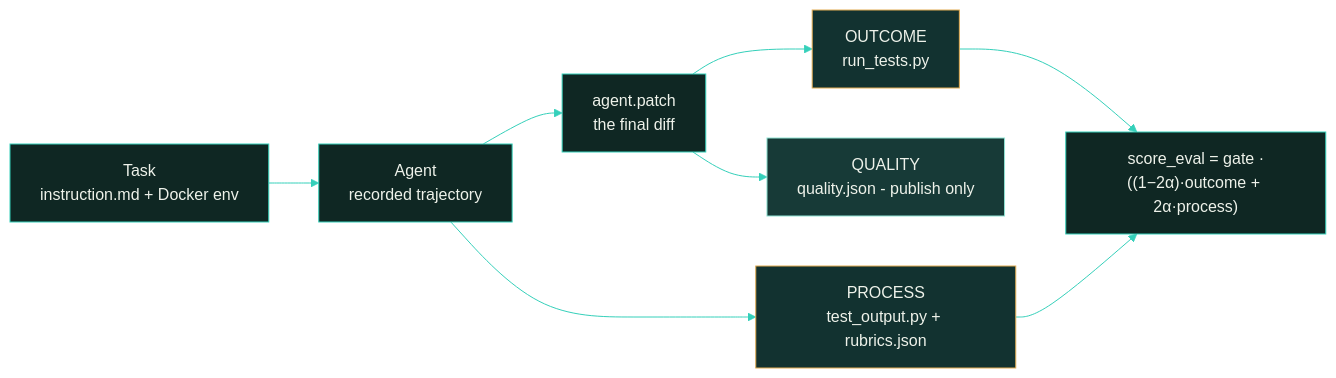
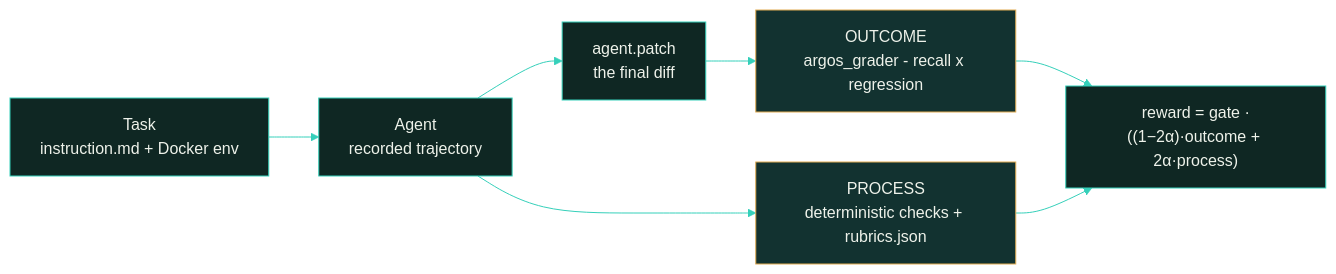
One commit to EtharaOrion/argos-samples changed the diagram in README.md. Above: the diagram before and after it, drawn with Mermaid. The commit also changed other lines of this file and 1371 other files, not shown here.

````diff
--- a/README.md
+++ b/README.md
@@ -324,17 +331,14 @@
 ```mermaid
 %%{init: {'theme':'base','themeVariables':{'primaryColor':'#123230','primaryTextColor':'#eef2ea','primaryBorderColor':'#35d0ba','lineColor':'#35d0ba','fontFamily':'Georgia, DM Sans, Segoe UI, sans-serif'}}}%%
 flowchart LR
   A["Task<br/>instruction.md + Docker env"] --> B["Agent<br/>recorded trajectory"]
   B --> C["agent.patch<br/>the final diff"]
-  C --> D["OUTCOME<br/>run_tests.py"]
-  B --> E["PROCESS<br/>test_output.py + rubrics.json"]
-  C --> G["QUALITY<br/>quality.json - publish only"]
-  D --> F["score_eval = gate ·<br/>((1−2α)·outcome + 2α·process)"]
+  C --> D["OUTCOME<br/>argos_grader - recall x regression"]
+  B --> E["PROCESS<br/>deterministic checks + rubrics.json"]
+  D --> F["reward = gate ·<br/>((1−2α)·outcome + 2α·process)"]
   E --> F
   classDef node fill:#0f2723,stroke:#35d0ba,color:#eef2ea;
   classDef sealed fill:#123230,stroke:#e2ac52,color:#eef2ea;
-  classDef side fill:#173a37,stroke:#8fe3d4,color:#eef2ea;
   class A,B,C,F node;
   class D,E sealed;
-  class G side;
 ```
````
